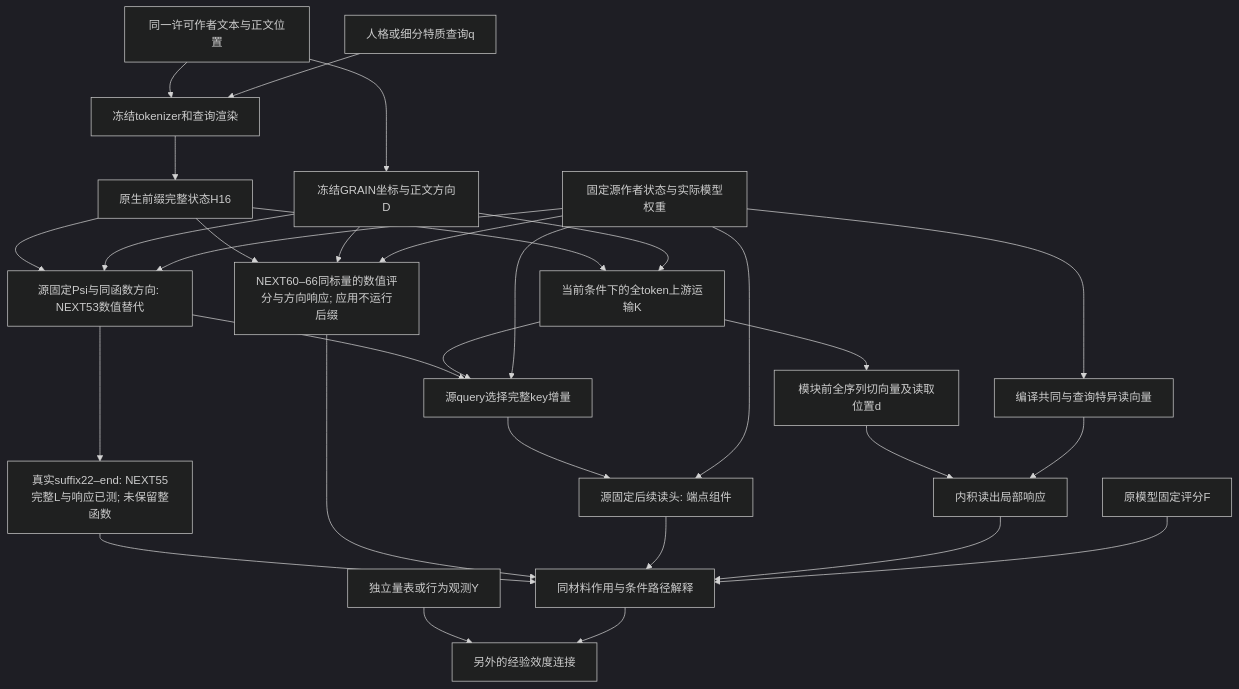
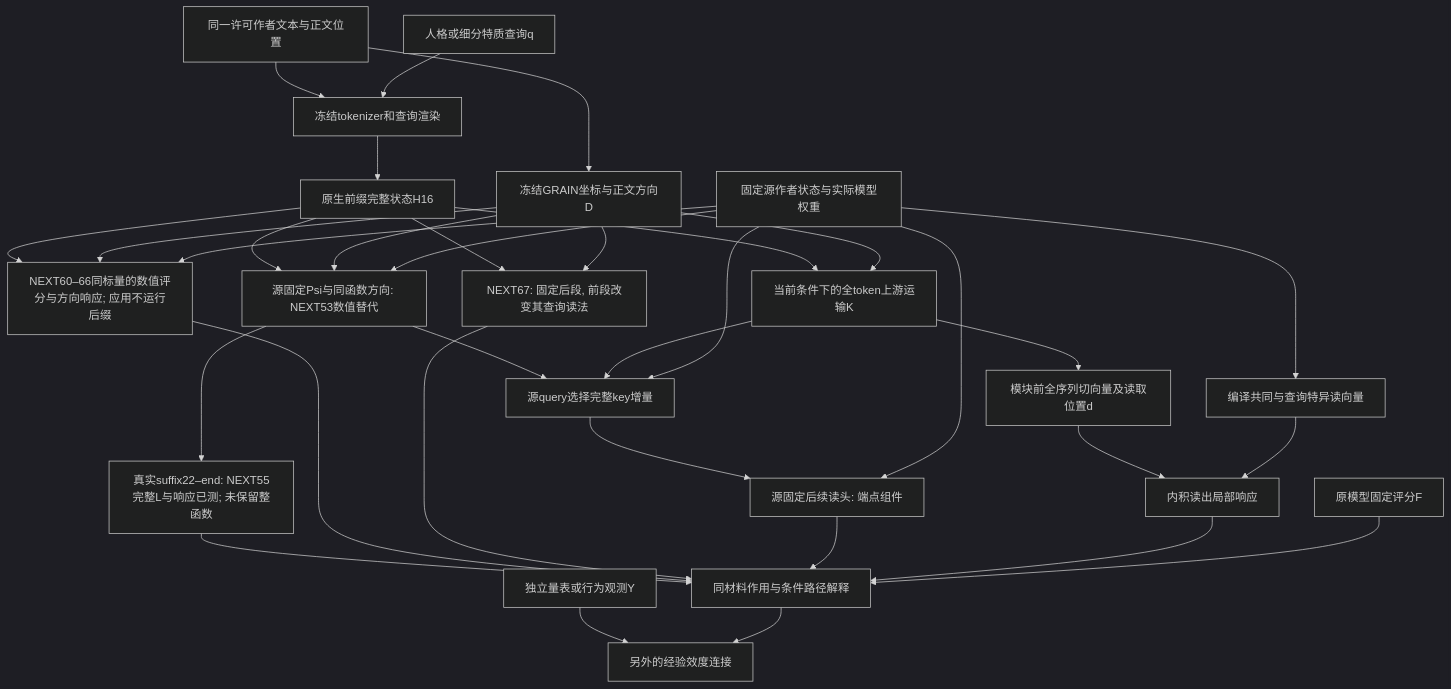
Before and after one commit to reiserhhh/GRAIN: the diagram in docs/GRAIN_UPSTREAM_MECHANISM_INTEGRATION_V1.md, drawn with Mermaid (dark theme). The commit also changed other lines of this file and 15 other files, not shown here.

````diff
--- a/docs/GRAIN_UPSTREAM_MECHANISM_INTEGRATION_V1.md
+++ b/docs/GRAIN_UPSTREAM_MECHANISM_INTEGRATION_V1.md
@@ -8,32 +8,35 @@
 ```mermaid
 flowchart TD
   T[同一许可作者文本与正文位置] --> G[冻结GRAIN坐标与正文方向D]
   T --> R[冻结tokenizer和查询渲染]
   Q[人格或细分特质查询q] --> R
   R --> H[原生前缀完整状态H16]
   H --> K[当前条件下的全token上游运输K]
   H --> P[源固定Psi与同函数方向: NEXT53数值替代]
   G --> P
   S --> P
   P --> U
   P --> W[真实suffix22–end: NEXT55完整L与响应已测; 未保留整函数]
   W --> J
   H --> Z[NEXT60–66同标量的数值评分与方向响应; 应用不运行后缀]
   G --> Z
   S --> Z
   Z --> J
+  H --> I[NEXT67: 固定后段, 前段改变其查询读法]
+  G --> I
+  I --> J
   G --> K
   K --> D[模块前全序列切向量及读取位置d]
   S[固定源作者状态与实际模型权重] --> V[编译共同与查询特异读向量]
   D --> A[内积读出局部响应]
   V --> A
   K --> U[源query选择完整key增量]
   S --> U
   U --> C[源固定后续读头: 端点组件]
   S --> C
   C --> J
   A --> J[同材料作用与条件路径解释]
   F[原模型固定评分F] --> J
   Y[独立量表或行为观测Y] --> E[另外的经验效度连接]
   J --> E
 ```
````
